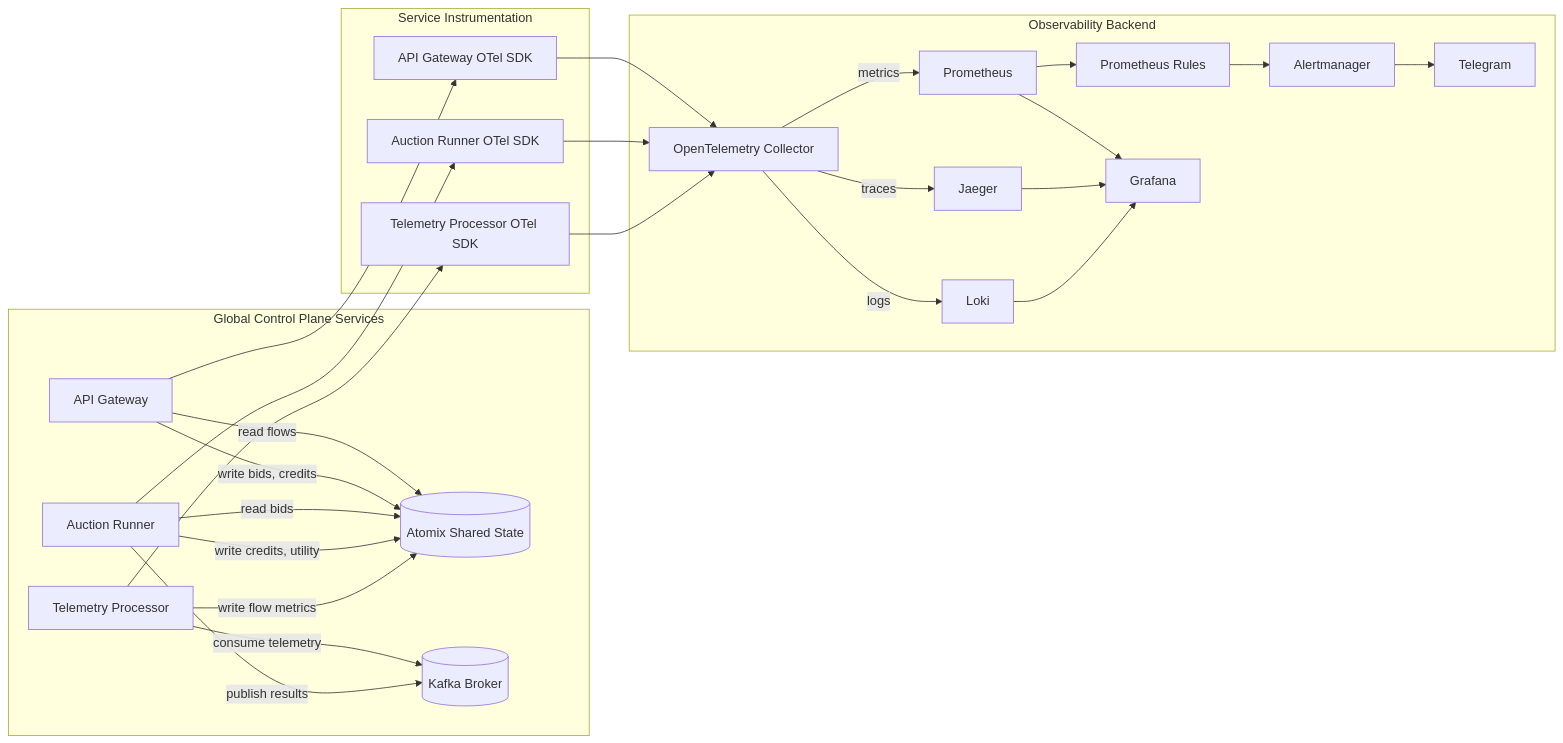
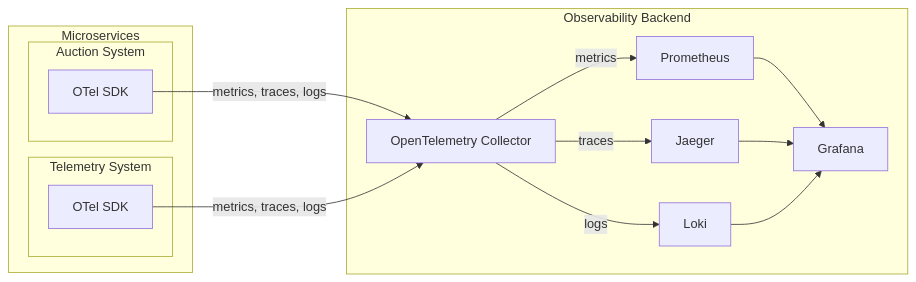
Before and after one commit to chew01/ixp-gcp: the diagram in report/observability-architecture.mmd, drawn with Mermaid. The commit also changed 33 other files, not shown here.

```diff
--- a/report/observability-architecture.mmd
+++ b/report/observability-architecture.mmd
@@ -1,52 +1,28 @@
 flowchart LR
-  subgraph ControlPlane["Global Control Plane Services"]
-    AG[API Gateway]
-    AR[Auction Runner]
-    TP[Telemetry Processor]
-    AT[(Atomix Shared State)]
-    KF[(Kafka Broker)]
-  end
-
-  subgraph AppTelemetry["Service Instrumentation"]
-    AG_OTel[API Gateway OTel SDK]
-    AR_OTel[Auction Runner OTel SDK]
-    TP_OTel[Telemetry Processor OTel SDK]
+  subgraph Systems["Microservices"]
+    subgraph AS["Auction System"]
+      AS_SDK["OTel SDK"]
+    end
+    subgraph TS["Telemetry System"]
+      TS_SDK["OTel SDK"]
+    end
   end
 
   subgraph Observability["Observability Backend"]
     Collector[OpenTelemetry Collector]
     Prom[Prometheus]
-    Rules[Prometheus Rules]
-    Alert[Alertmanager]
-    TG[Telegram]
     Jaeger[Jaeger]
     Loki[Loki]
     Grafana[Grafana]
   end
 
-  AG -->|read flows| AT
-  AG -->|write bids, credits| AT
-  AR -->|read bids| AT
-  AR -->|write credits, utility| AT
-  TP -->|write flow metrics| AT
-  TP -->|consume telemetry| KF
-  AR -->|publish results| KF
-
-  AG --> AG_OTel
-  AR --> AR_OTel
-  TP --> TP_OTel
-
-  AG_OTel --> Collector
-  AR_OTel --> Collector
-  TP_OTel --> Collector
+  AS_SDK -->|metrics, traces, logs| Collector
+  TS_SDK -->|metrics, traces, logs| Collector
 
   Collector -->|metrics| Prom
   Collector -->|traces| Jaeger
   Collector -->|logs| Loki
 
-  Prom --> Rules
-  Rules --> Alert
   Prom --> Grafana
-  Alert --> TG
   Jaeger --> Grafana
   Loki --> Grafana
```
